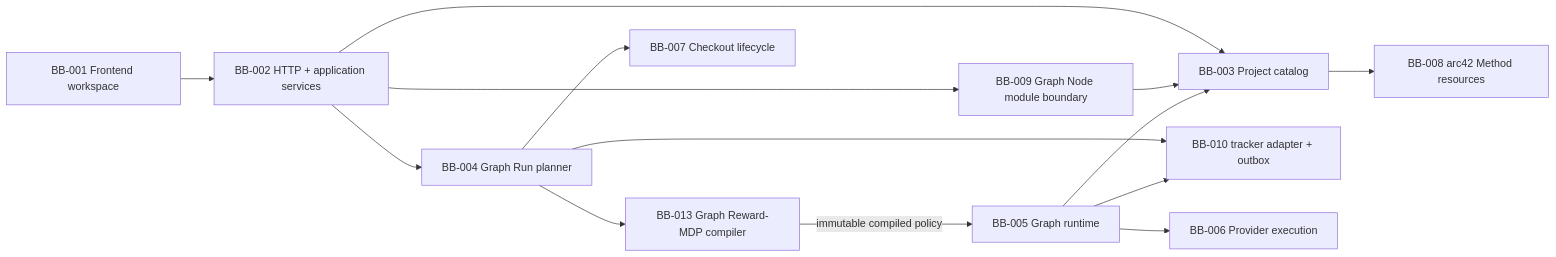
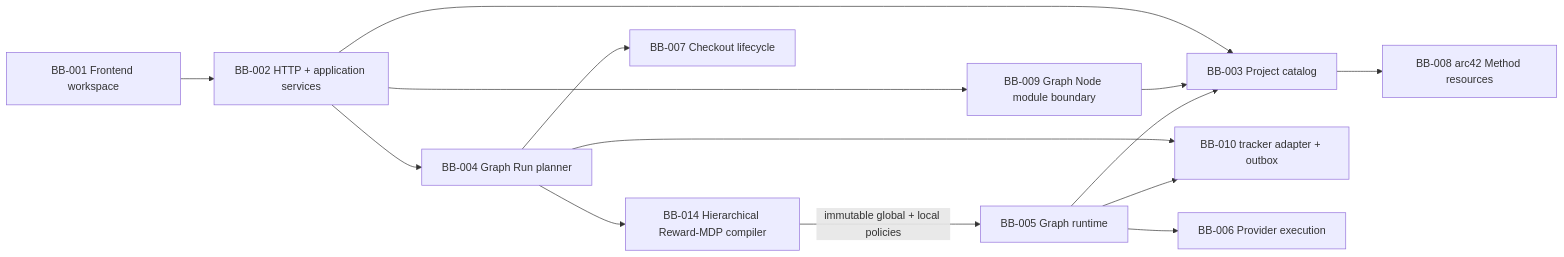
The diagram in .ballet/arc42/05-building-block-view.md (isinisalo/ballet), drawn with Mermaid before and after one commit. The commit also changed other lines of this file and 113 other files, not shown here.

````diff
--- a/.ballet/arc42/05-building-block-view.md
+++ b/.ballet/arc42/05-building-block-view.md
@@ -26,16 +26,16 @@
 ```mermaid
 flowchart LR
   ui["BB-001 Frontend workspace"] --> api["BB-002 HTTP + application services"]
   api --> catalog["BB-003 Project catalog"]
   api --> planner["BB-004 Graph Run planner"]
   api --> modules["BB-009 Graph Node module boundary"]
-  planner --> mdp["BB-013 Graph Reward-MDP compiler"]
-  mdp -->|"immutable compiled policy"| runtime["BB-005 Graph runtime"]
+  planner --> mdp["BB-014 Hierarchical Reward-MDP compiler"]
+  mdp -->|"immutable global + local policies"| runtime["BB-005 Graph runtime"]
   planner --> tracker["BB-010 tracker adapter + outbox"]
   runtime --> tracker
   runtime --> execution["BB-006 Provider execution"]
   planner --> lifecycle["BB-007 Checkout lifecycle"]
   catalog --> method["BB-008 arc42 Method resources"]
   modules --> catalog
   runtime --> catalog
 ```
````
